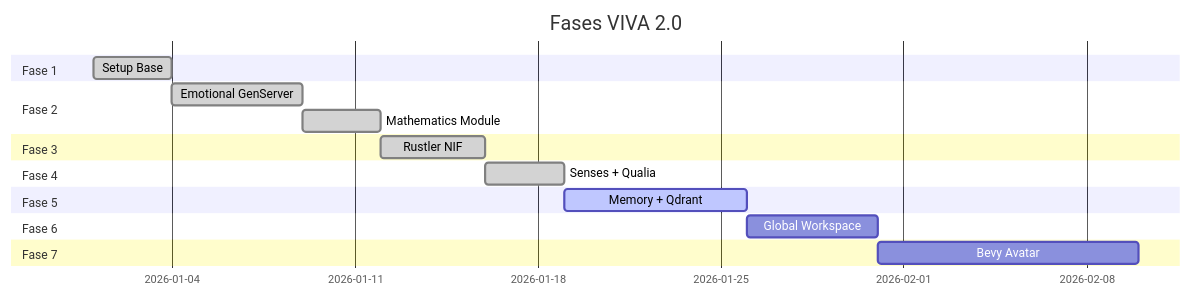
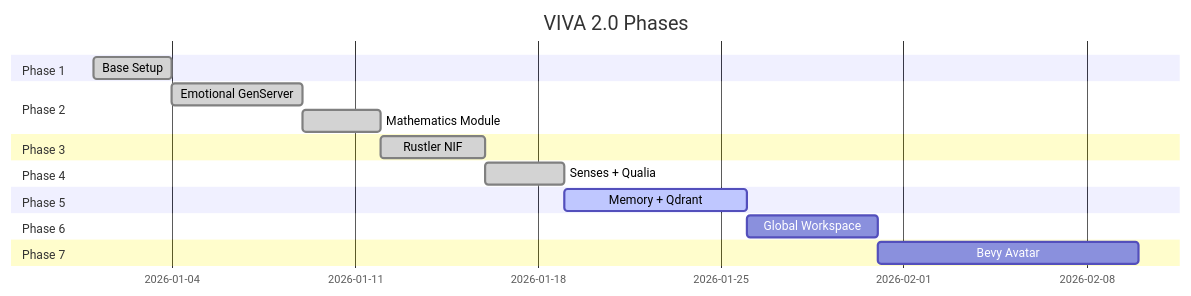
One commit to gabrielmaialva33/viva changed diagram 15 of 17 in docs/en/explanation/project-status.md. Above: the diagram before and after it, drawn with Mermaid. The commit also changed other lines of this file and 29 other files, not shown here.

````diff
--- a/docs/en/explanation/project-status.md
+++ b/docs/en/explanation/project-status.md
@@ -419,27 +419,27 @@
 ```mermaid
 gantt
-    title Fases VIVA 2.0
+    title VIVA 2.0 Phases
     dateFormat  YYYY-MM-DD
 
-    section Fase 1
-    Setup Base           :done, p1, 2026-01-01, 3d
+    section Phase 1
+    Base Setup           :done, p1, 2026-01-01, 3d
 
-    section Fase 2
+    section Phase 2
     Emotional GenServer  :done, p2, after p1, 5d
     Mathematics Module   :done, p2m, after p2, 3d
 
-    section Fase 3
+    section Phase 3
     Rustler NIF          :done, p3, after p2m, 4d
 
-    section Fase 4
+    section Phase 4
     Senses + Qualia      :done, p4, after p3, 3d
 
-    section Fase 5
+    section Phase 5
     Memory + Qdrant      :active, p5, after p4, 7d
 
-    section Fase 6
+    section Phase 6
     Global Workspace     :p6, after p5, 5d
 
-    section Fase 7
+    section Phase 7
     Bevy Avatar          :p7, after p6, 10d
 ```
````
